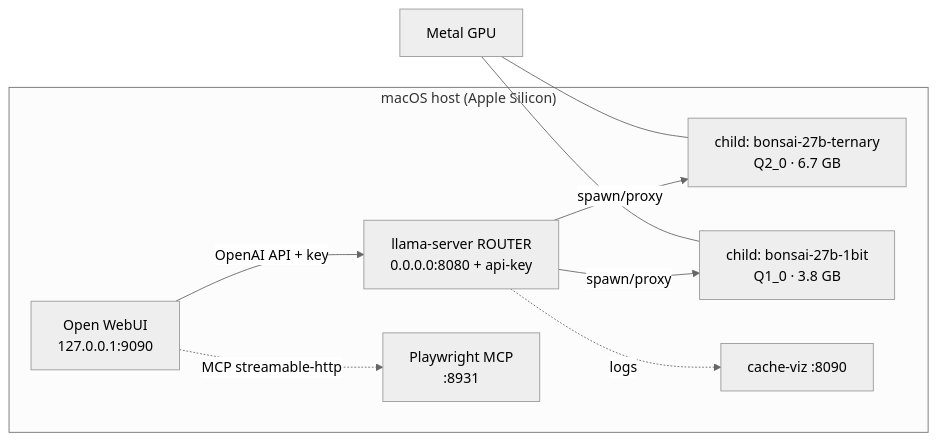
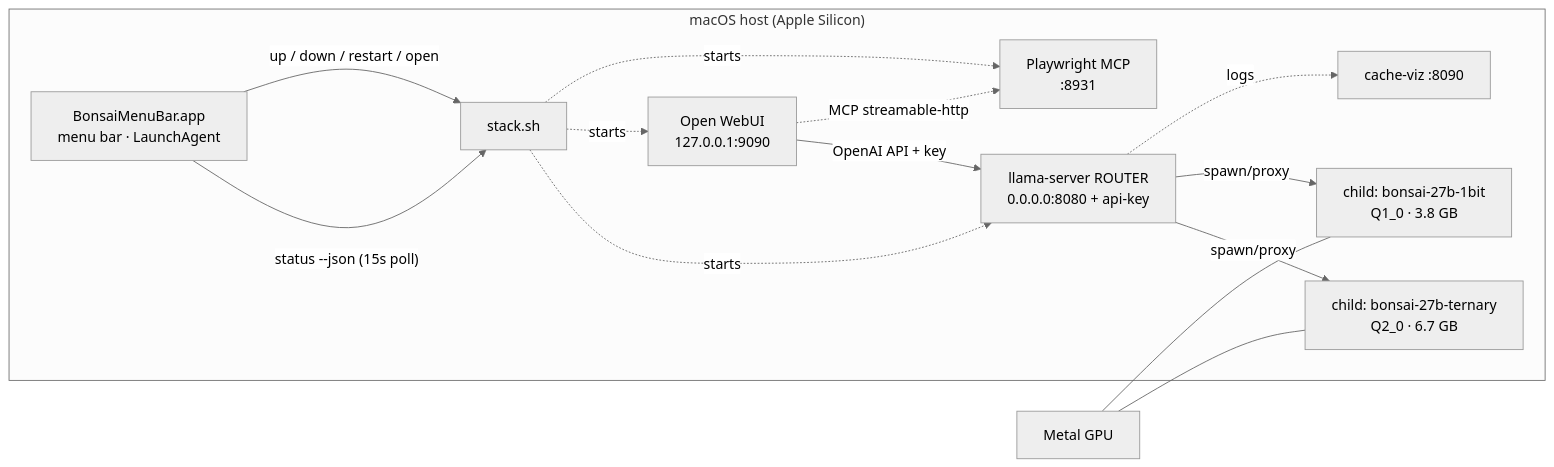
The first of 3 diagrams in docs/architecture.md (KSEGIT/QuickCleverModel), drawn with Mermaid (neutral theme) before and after one commit. The commit also changed other lines of this file and 1 other file, not shown here.

First line of the commit message:
docs: record the control plane and the menu bar app

````diff
--- a/docs/architecture.md
+++ b/docs/architecture.md
@@ -41,18 +44,25 @@
 ```mermaid
 flowchart LR
     subgraph MAC["macOS host (Apple Silicon)"]
         UI["Open WebUI<br/>127.0.0.1:9090"]
         RTR["llama-server ROUTER<br/>0.0.0.0:8080 + api-key"]
         T["child: bonsai-27b-ternary<br/>Q2_0 · 6.7 GB"]
         B["child: bonsai-27b-1bit<br/>Q1_0 · 3.8 GB"]
         PW["Playwright MCP<br/>:8931"]
         CV["cache-viz :8090"]
+        MB["BonsaiMenuBar.app<br/>menu bar · LaunchAgent"]
+        SH["stack.sh"]
         UI -->|OpenAI API + key| RTR
         RTR -->|spawn/proxy| T
         RTR -->|spawn/proxy| B
         UI -.->|MCP streamable-http| PW
         RTR -.->|logs| CV
+        MB -->|"status --json (15s poll)"| SH
+        MB -->|"up / down / restart / open"| SH
+        SH -.->|starts| RTR
+        SH -.->|starts| UI
+        SH -.->|starts| PW
     end
     GPUm["Metal GPU"] --- T
     GPUm --- B
 ```
````
